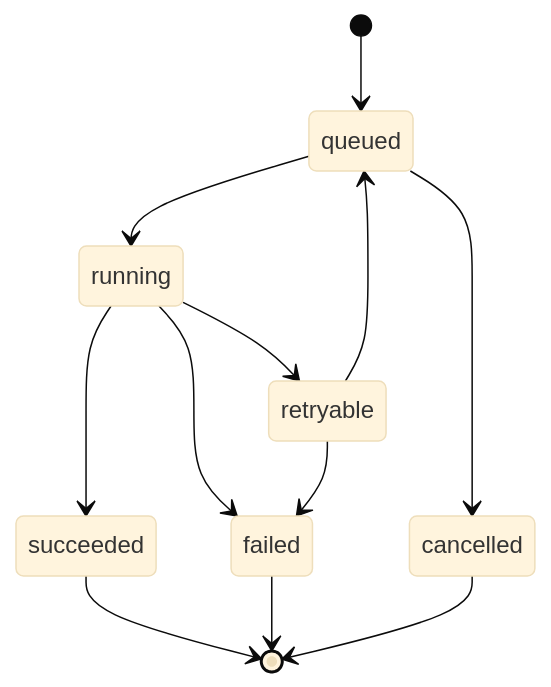
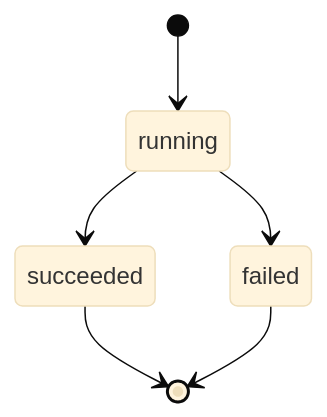
One commit to aierdong/a3-cbr changed the fourth of 6 diagrams in .kiro/specs/case-vector-indexing/design.md. Above: the diagram before and after it, drawn with Mermaid (base theme). The commit also changed other lines of this file and 11 other files, not shown here.

````diff
--- a/.kiro/specs/case-vector-indexing/design.md
+++ b/.kiro/specs/case-vector-indexing/design.md
@@ -214,14 +248,8 @@
 ```mermaid
 stateDiagram-v2
-    [*] --> queued
-    queued --> running
-    queued --> cancelled
+    [*] --> running
     running --> succeeded
-    running --> retryable
     running --> failed
-    retryable --> queued
-    retryable --> failed
     succeeded --> [*]
     failed --> [*]
-    cancelled --> [*]
 ```
````
